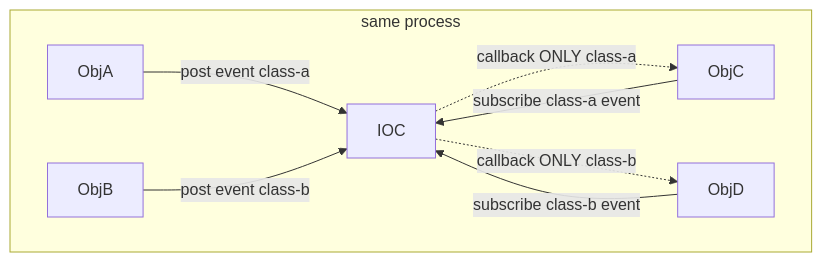
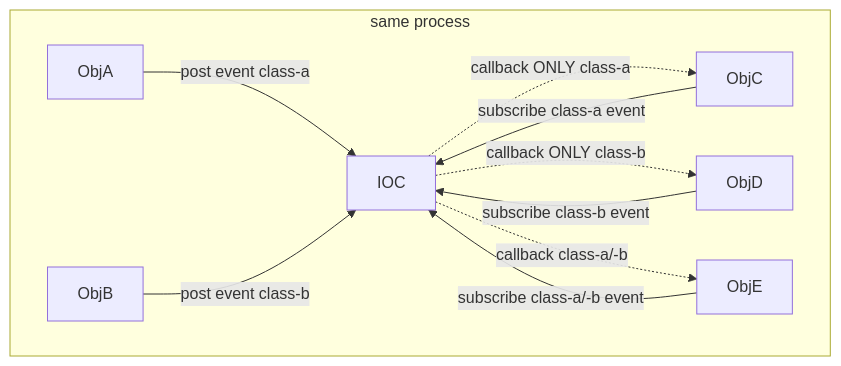
One commit to EnigmaWU/MyIOC_inTDD_withGHC changed the fourth of 4 diagrams in README_UseCase.md. Above: the diagram before and after it, drawn with Mermaid. The commit also changed other lines of this file, not shown here.

Commit message:
Update README_UseCase.md of UC03-D: add ObjE to event subscription

````diff
--- a/README_UseCase.md
+++ b/README_UseCase.md
@@ -66,11 +71,13 @@
 ```mermaid
 flowchart
 subgraph same process
     ObjA --> |post event class-a| IOC
     ObjB --> |post event class-b| IOC
     IOC -.-> |callback ONLY class-a| ObjC
     IOC -.-> |callback ONLY class-b| ObjD
     ObjC --> |subscribe class-a event| IOC
     ObjD --> |subscribe class-b event| IOC
+    ObjE --> |subscribe class-a/-b event| IOC
+    IOC -.-> |callback class-a/-b| ObjE
 end
 ```
````
